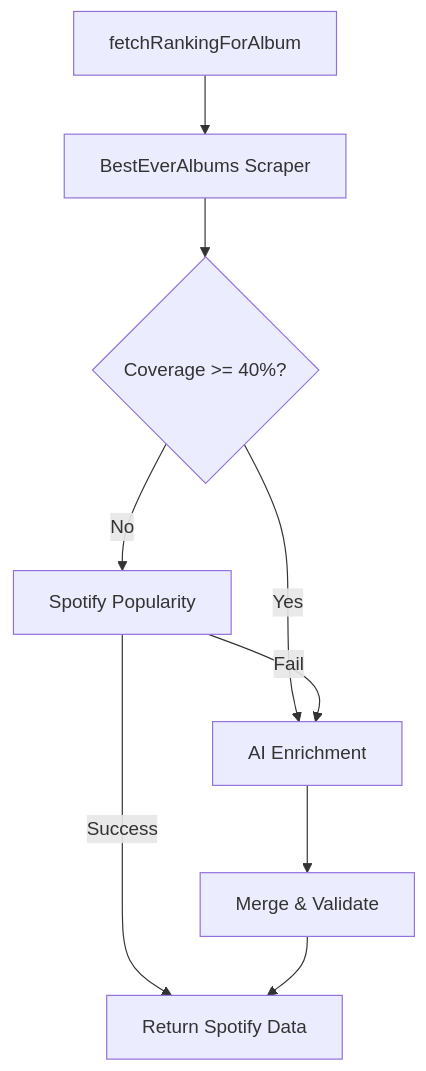
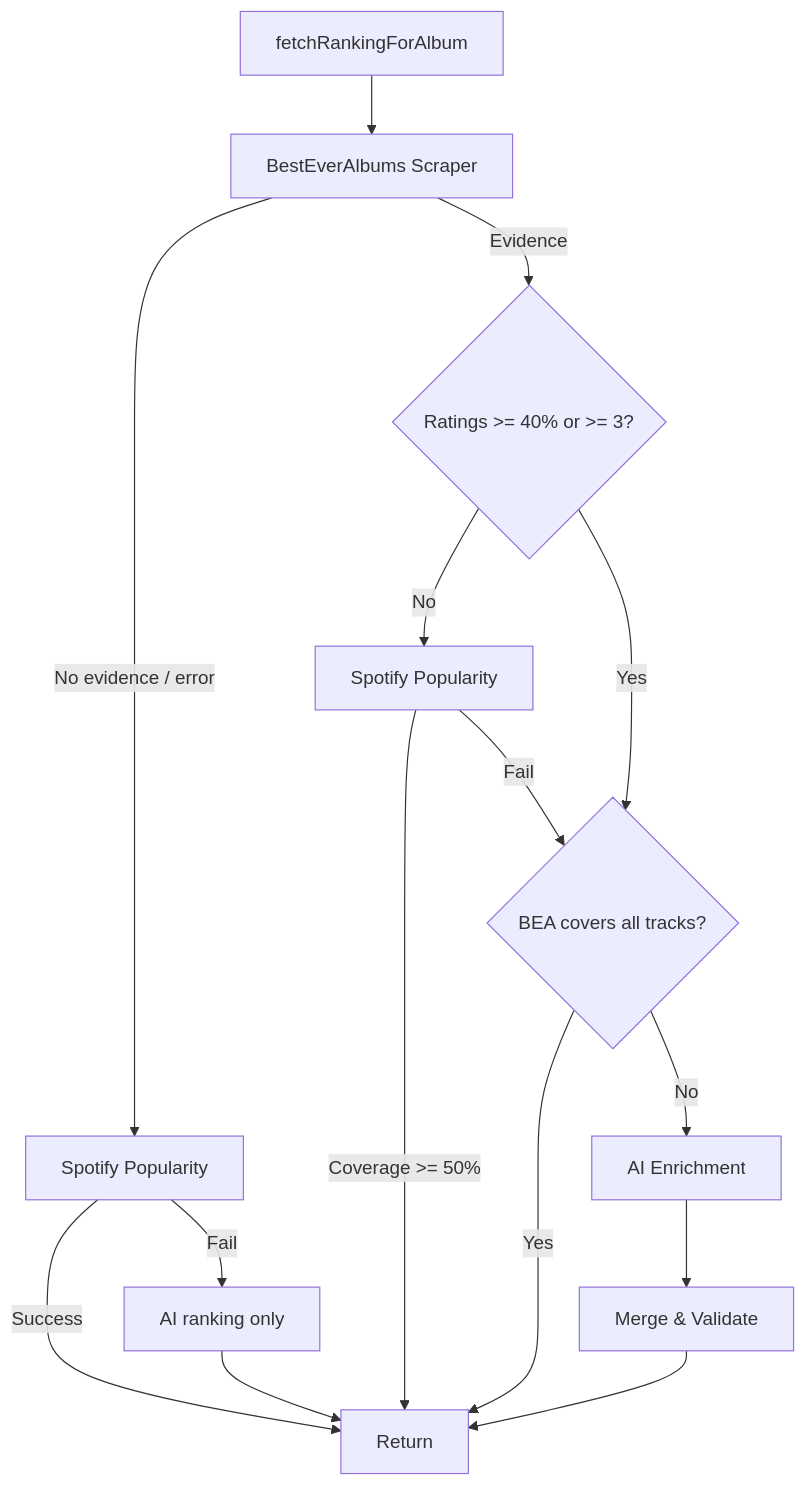
One commit to maujrp99/MJRP_AlbumsBalancedPlaylists_v0 changed the fourth of 4 diagrams in docs/manual/02_Server_Structure.md. Above: the diagram before and after it, drawn with Mermaid. The commit also changed other lines of this file and 22 other files, not shown here.

````diff
--- a/docs/manual/02_Server_Structure.md
+++ b/docs/manual/02_Server_Structure.md
@@ -213,11 +218,17 @@
 ```mermaid
 flowchart TD
     Start[fetchRankingForAlbum] --> BEA[BestEverAlbums Scraper]
-    BEA --> check{Coverage >= 40%?}
-    check -- Yes --> AI[AI Enrichment]
+    BEA -- No evidence / error --> Spotify2[Spotify Popularity]
+    Spotify2 -- Success --> Return[Return]
+    Spotify2 -- Fail --> AIOnly[AI ranking only]
+    AIOnly --> Return
+    BEA -- Evidence --> check{Ratings >= 40% or >= 3?}
     check -- No --> Spotify[Spotify Popularity]
-    Spotify -- Success --> Return[Return Spotify Data]
-    Spotify -- Fail --> AI
+    Spotify -- Coverage >= 50% --> Return
+    Spotify -- Fail --> full
+    check -- Yes --> full{BEA covers all tracks?}
+    full -- Yes --> Return
+    full -- No --> AI[AI Enrichment]
     AI --> Merge[Merge & Validate]
     Merge --> Return
 ```
````
